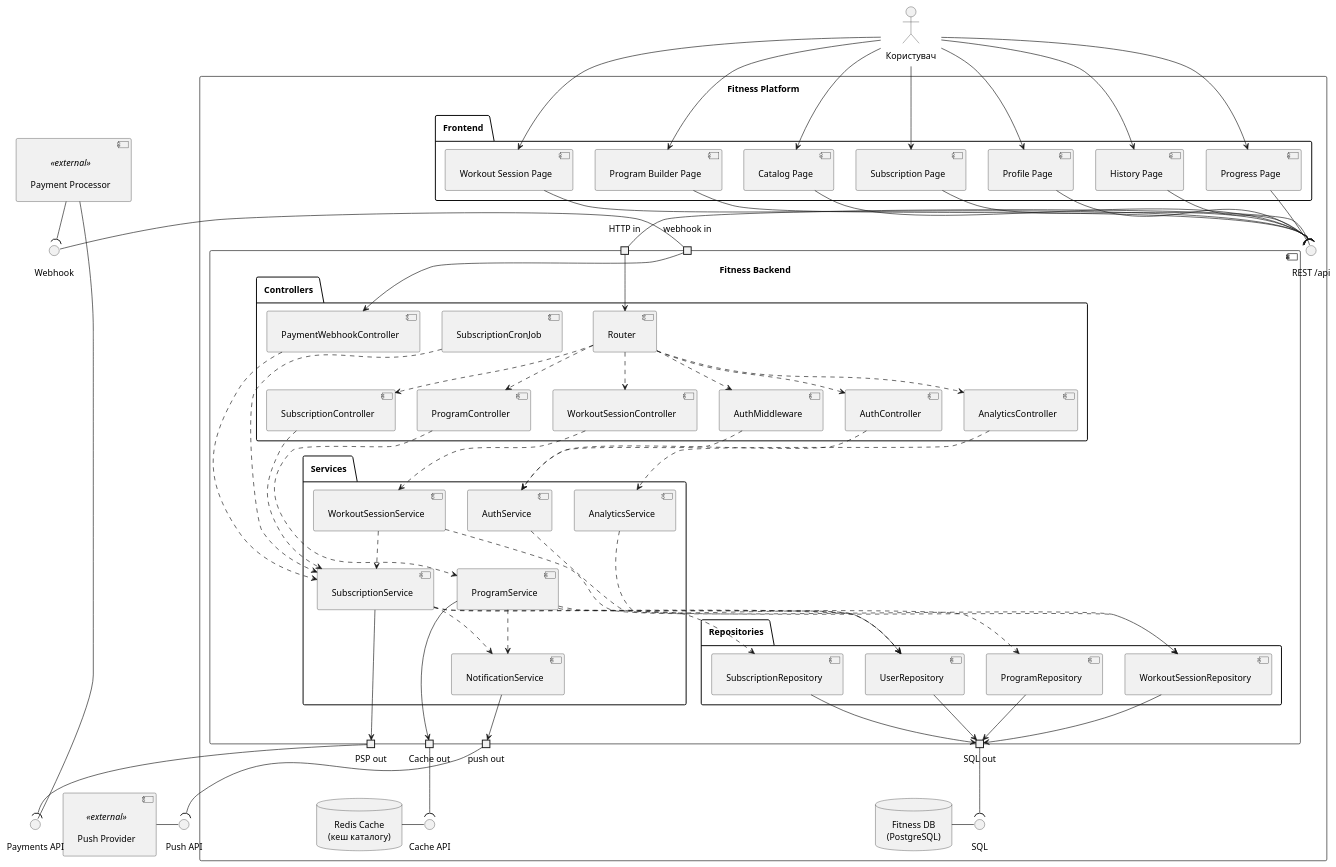
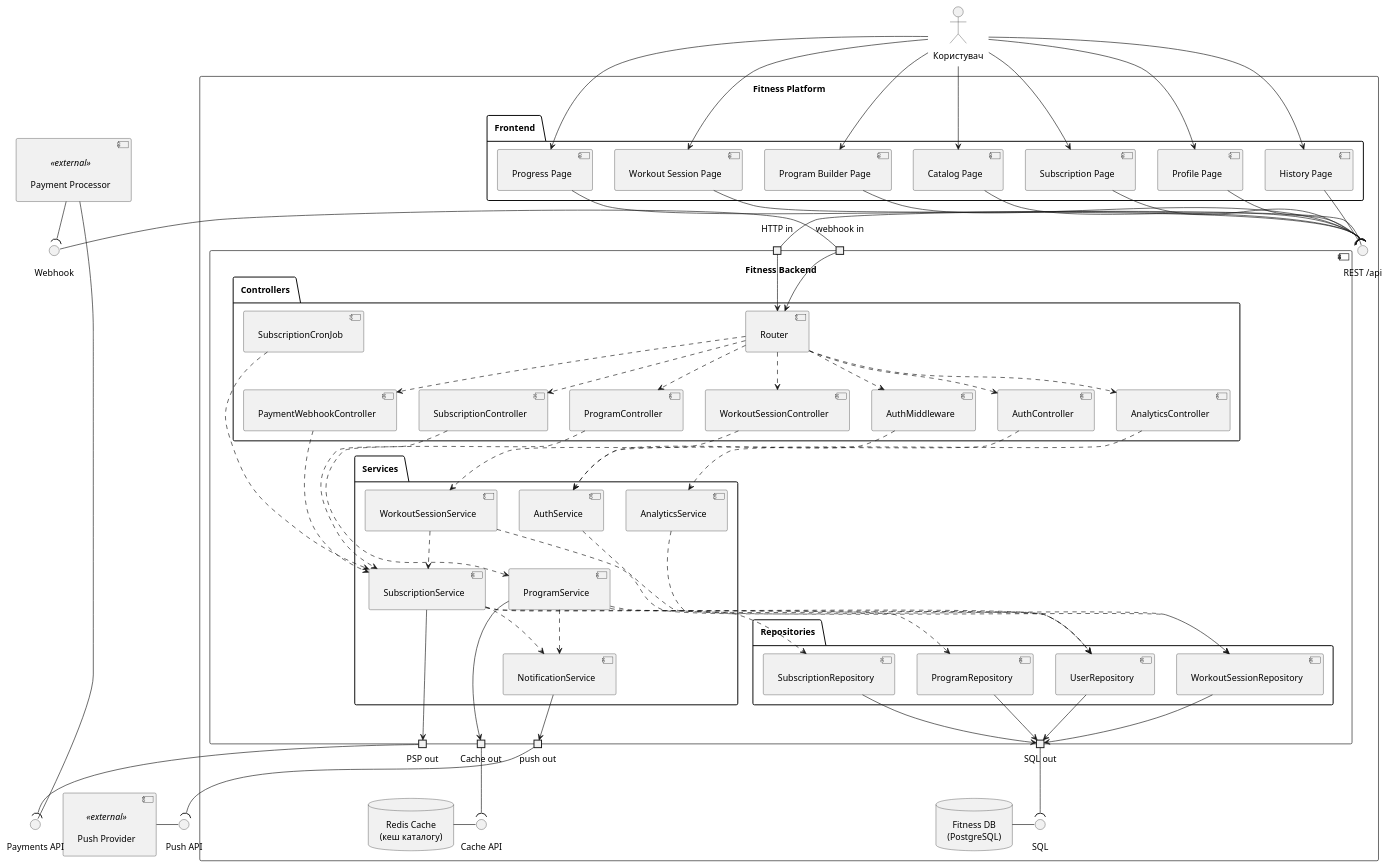
The diagram in Lab5/artifact/componentDiagram.md (kolagusak752-kpi/KPI2_Labs), drawn with PlantUML before and after one commit. The commit also changed 1 other file, not shown here.

Commit message:
minor changes with webhook

```diff
--- a/Lab5/artifact/componentDiagram.md
+++ b/Lab5/artifact/componentDiagram.md
@@ -45,6 +45,7 @@
       Router ..> SessCtrl
       Router ..> AnalytCtrl
       Router ..> SubCtrl
+      Router ..> PayWhCtrl
     }
 
     package "Services" {
@@ -67,9 +68,9 @@
       component "SubscriptionRepository" as SubRepo
     }
 
-    ' Делегирование входных портов
+  
     pHttp --> Router
-    pWh --> PayWhCtrl
+    pWh --> Router
 
     ' Controllers -> Services
     AuthMw ..> AuthSvc
```
